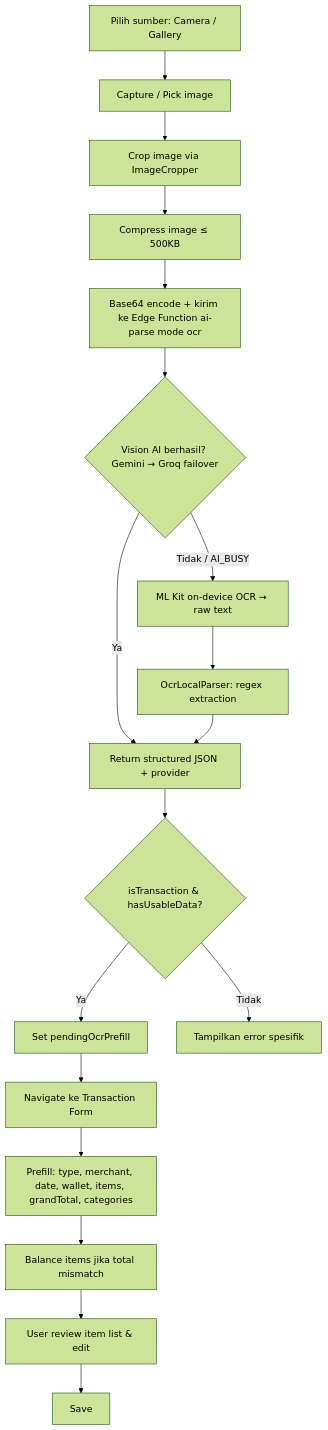
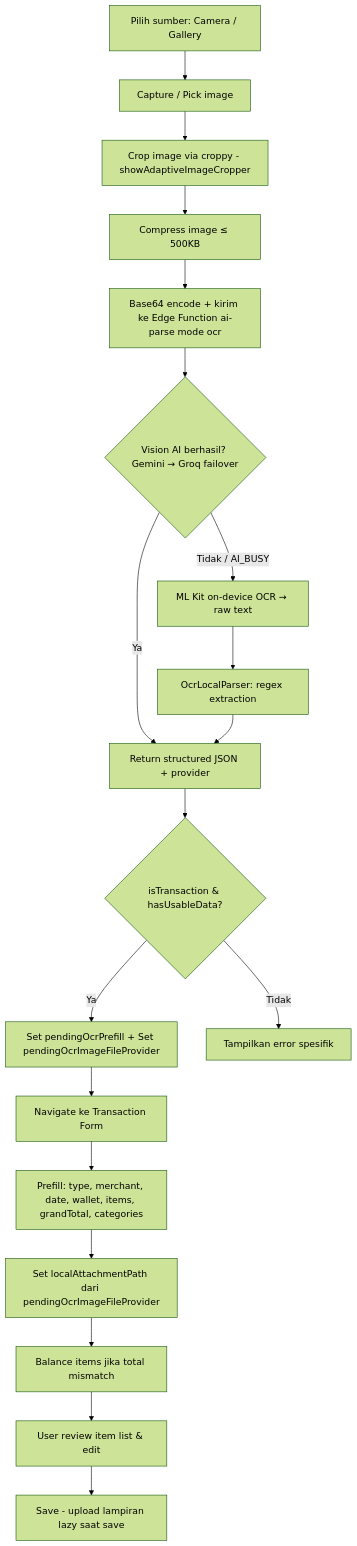
One commit to achyusuf10/Saku-Rapi-Mobile changed the fifth of 9 diagrams in docs/01_PRD.md. Above: the diagram before and after it, drawn with Mermaid (forest theme). The commit also changed other lines of this file and 35 other files, not shown here.

````diff
--- a/docs/01_PRD.md
+++ b/docs/01_PRD.md
@@ -245,20 +245,21 @@
 ```mermaid
 flowchart TD
     A[Pilih sumber: Camera / Gallery] --> B[Capture / Pick image]
-    B --> C[Crop image via ImageCropper]
+    B --> C[Crop image via croppy - showAdaptiveImageCropper]
     C --> D[Compress image ≤ 500KB]
     D --> E[Base64 encode + kirim ke Edge Function ai-parse mode ocr]
     E --> F{Vision AI berhasil? Gemini → Groq failover}
     F -->|Ya| I[Return structured JSON + provider]
     F -->|Tidak / AI_BUSY| G[ML Kit on-device OCR → raw text]
     G --> H[OcrLocalParser: regex extraction]
     H --> I
     I --> J{isTransaction & hasUsableData?}
-    J -->|Ya| K[Set pendingOcrPrefill]
+    J -->|Ya| K[Set pendingOcrPrefill + Set pendingOcrImageFileProvider]
     J -->|Tidak| L[Tampilkan error spesifik]
     K --> M[Navigate ke Transaction Form]
     M --> N[Prefill: type, merchant, date, wallet, items, grandTotal, categories]
-    N --> O[Balance items jika total mismatch]
+    N --> NA[Set localAttachmentPath dari pendingOcrImageFileProvider]
+    NA --> O[Balance items jika total mismatch]
     O --> P[User review item list & edit]
-    P --> Q[Save]
+    P --> Q[Save - upload lampiran lazy saat save]
 ```
````
